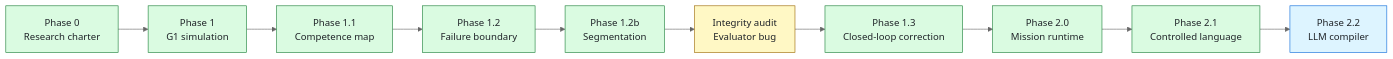
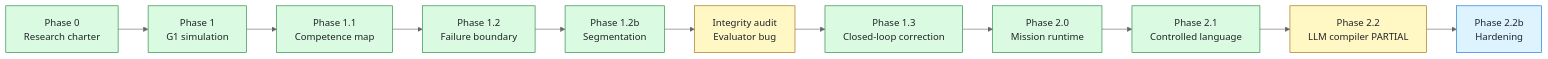
One commit to Anhao1314/g1-jev-swarm-lab changed the first of 4 diagrams in docs/lab-notebook/visual-summary.md. Above: the diagram before and after it, drawn with Mermaid (neutral theme). The commit also changed other lines of this file and 8 other files, not shown here.

First line of the commit message:
docs: record Phase 2.2 LLM compiler partial result

````diff
--- a/docs/lab-notebook/visual-summary.md
+++ b/docs/lab-notebook/visual-summary.md
@@ -7,20 +7,21 @@
 ```mermaid
 flowchart LR
     P0["Phase 0<br/>Research charter"] --> P1["Phase 1<br/>G1 simulation"]
     P1 --> P11["Phase 1.1<br/>Competence map"]
     P11 --> P12["Phase 1.2<br/>Failure boundary"]
     P12 --> P12B["Phase 1.2b<br/>Segmentation"]
     P12B --> AUDIT["Integrity audit<br/>Evaluator bug"]
     AUDIT --> P13["Phase 1.3<br/>Closed-loop correction"]
     P13 --> P20["Phase 2.0<br/>Mission runtime"]
     P20 --> P21["Phase 2.1<br/>Controlled language"]
-    P21 --> P22["Phase 2.2<br/>LLM compiler"]
+    P21 --> P22["Phase 2.2<br/>LLM compiler PARTIAL"]
+    P22 --> P22B["Phase 2.2b<br/>Hardening"]
 
     classDef done fill:#dafbe1,stroke:#1a7f37,color:#1f2328;
     classDef audit fill:#fff8c5,stroke:#9a6700,color:#1f2328;
     classDef current fill:#ddf4ff,stroke:#0969da,color:#1f2328;
 
     class P0,P1,P11,P12,P12B,P13,P20,P21 done;
-    class AUDIT audit;
-    class P22 current;
+    class AUDIT,P22 audit;
+    class P22B current;
 ```
````
